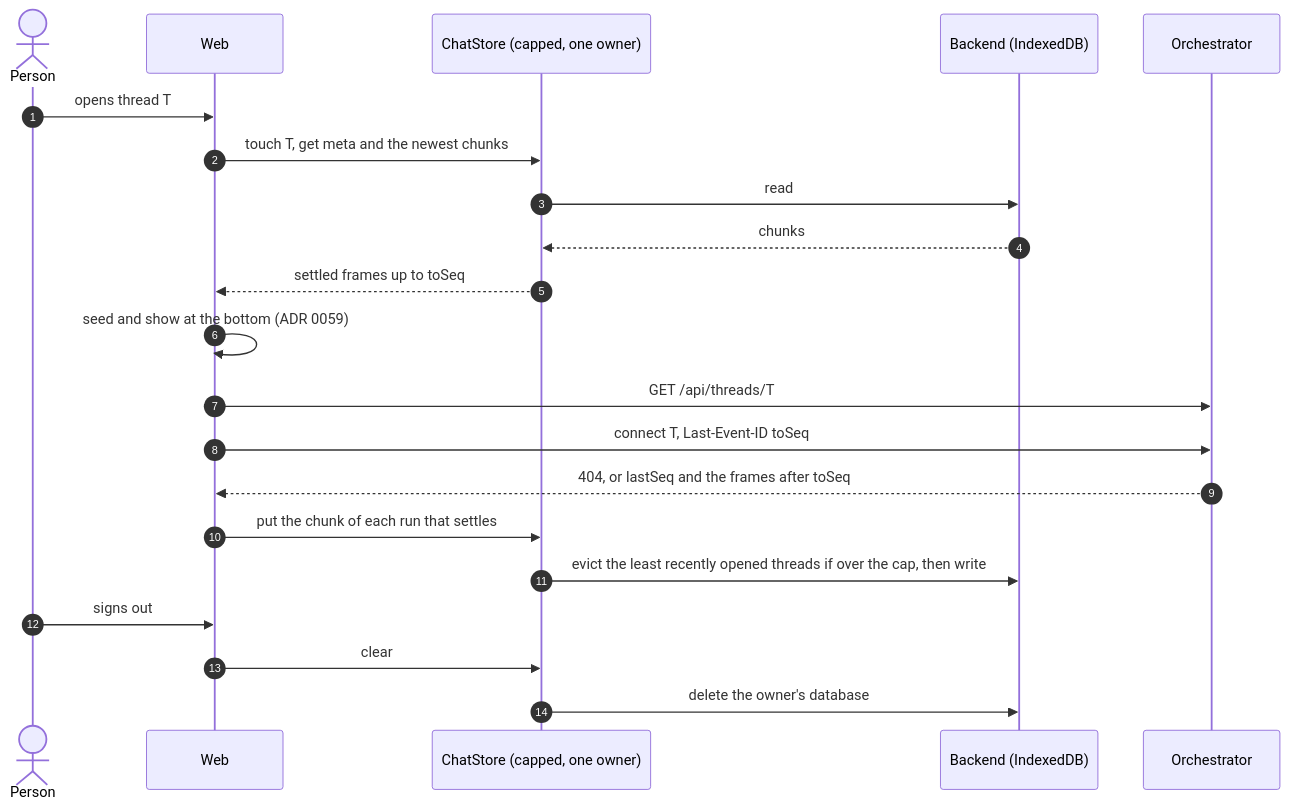
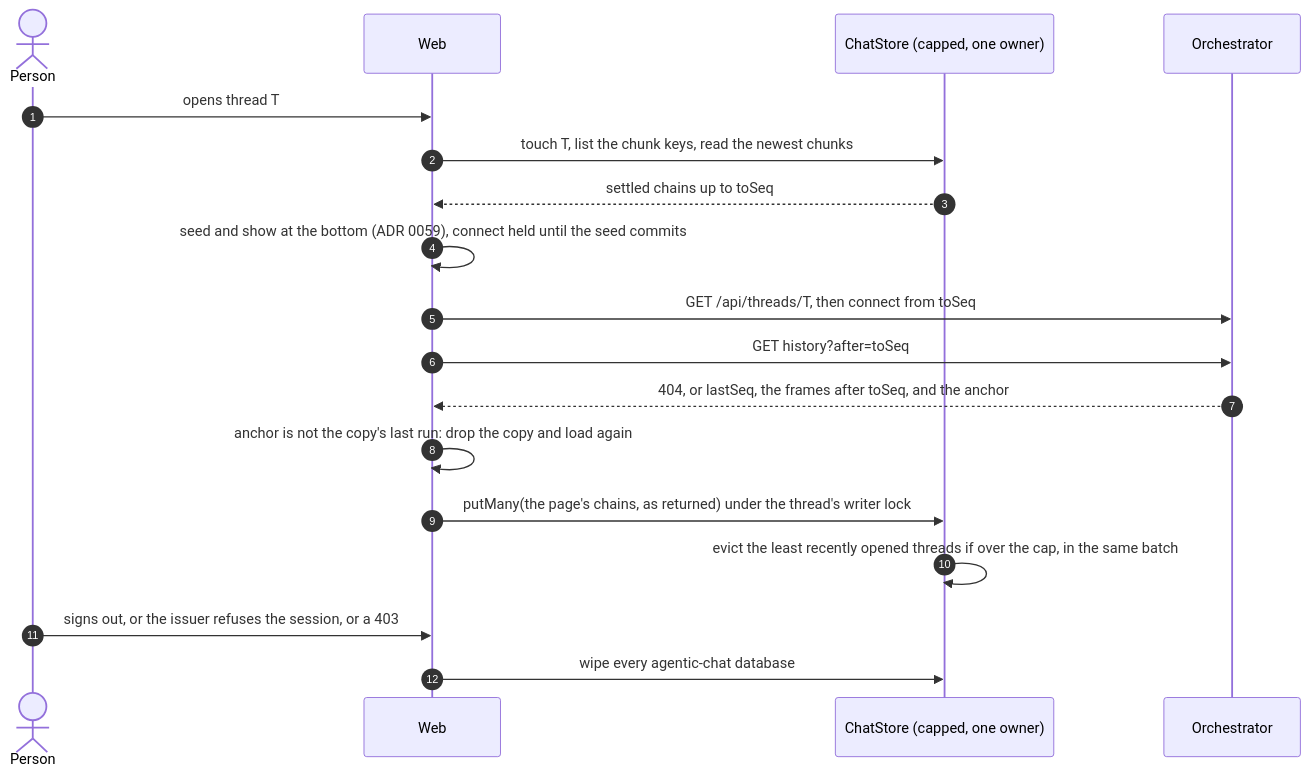
One commit to vymalo/another-agentic-system changed the first of 2 diagrams in docs/decisions/0060-the-client-keeps-a-bounded-copy-of-recent-threads-behind-a-chatstore-port.md. Above: the diagram before and after it, drawn with Mermaid. The commit also changed other lines of this file and 7 other files, not shown here.

````diff
--- a/docs/decisions/0060-the-client-keeps-a-bounded-copy-of-recent-threads-behind-a-chatstore-port.md
+++ b/docs/decisions/0060-the-client-keeps-a-bounded-copy-of-recent-threads-behind-a-chatstore-port.md
@@ -33,23 +42,20 @@
 ```mermaid
 sequenceDiagram
   autonumber
   actor P as Person
   participant W as Web
   participant C as ChatStore (capped, one owner)
-  participant B as Backend (IndexedDB)
   participant O as Orchestrator
   P->>W: opens thread T
-  W->>C: touch T, get meta and the newest chunks
-  C->>B: read
-  B-->>C: chunks
-  C-->>W: settled frames up to toSeq
-  W->>W: seed and show at the bottom (ADR 0059)
-  W->>O: GET /api/threads/T
-  W->>O: connect T, Last-Event-ID toSeq
-  O-->>W: 404, or lastSeq and the frames after toSeq
-  W->>C: put the chunk of each run that settles
-  C->>B: evict the least recently opened threads if over the cap, then write
-  P->>W: signs out
-  W->>C: clear
-  C->>B: delete the owner's database
+  W->>C: touch T, list the chunk keys, read the newest chunks
+  C-->>W: settled chains up to toSeq
+  W->>W: seed and show at the bottom (ADR 0059), connect held until the seed commits
+  W->>O: GET /api/threads/T, then connect from toSeq
+  W->>O: GET history?after=toSeq
+  O-->>W: 404, or lastSeq, the frames after toSeq, and the anchor
+  W->>W: anchor is not the copy's last run: drop the copy and load again
+  W->>C: putMany(the page's chains, as returned) under the thread's writer lock
+  C->>C: evict the least recently opened threads if over the cap, in the same batch
+  P->>W: signs out, or the issuer refuses the session, or a 403
+  W->>C: wipe every agentic-chat database
 ```
````
